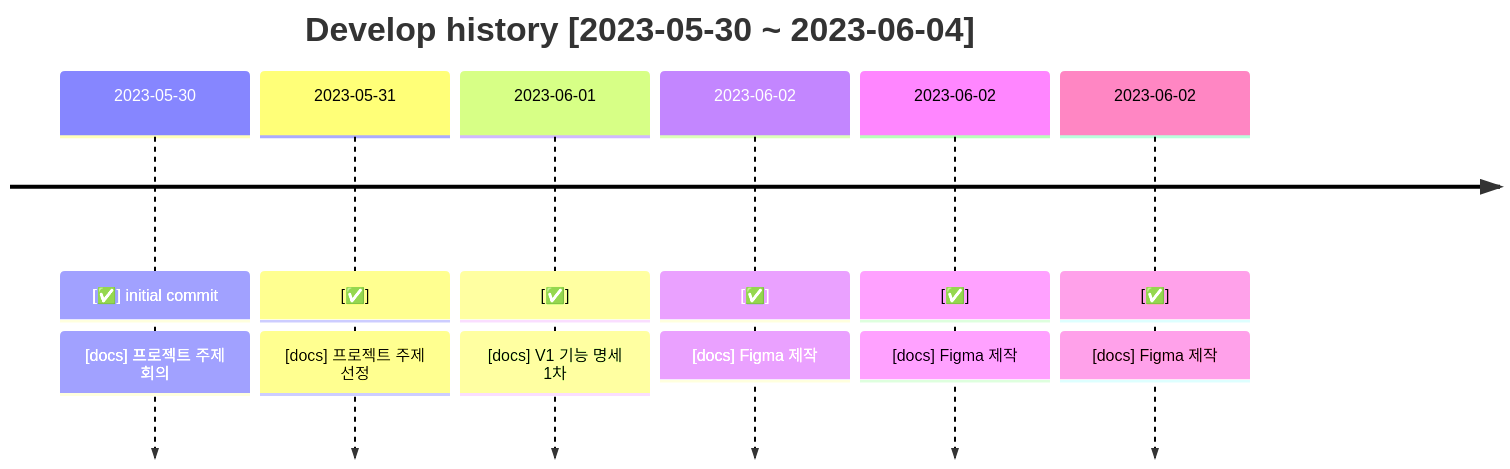
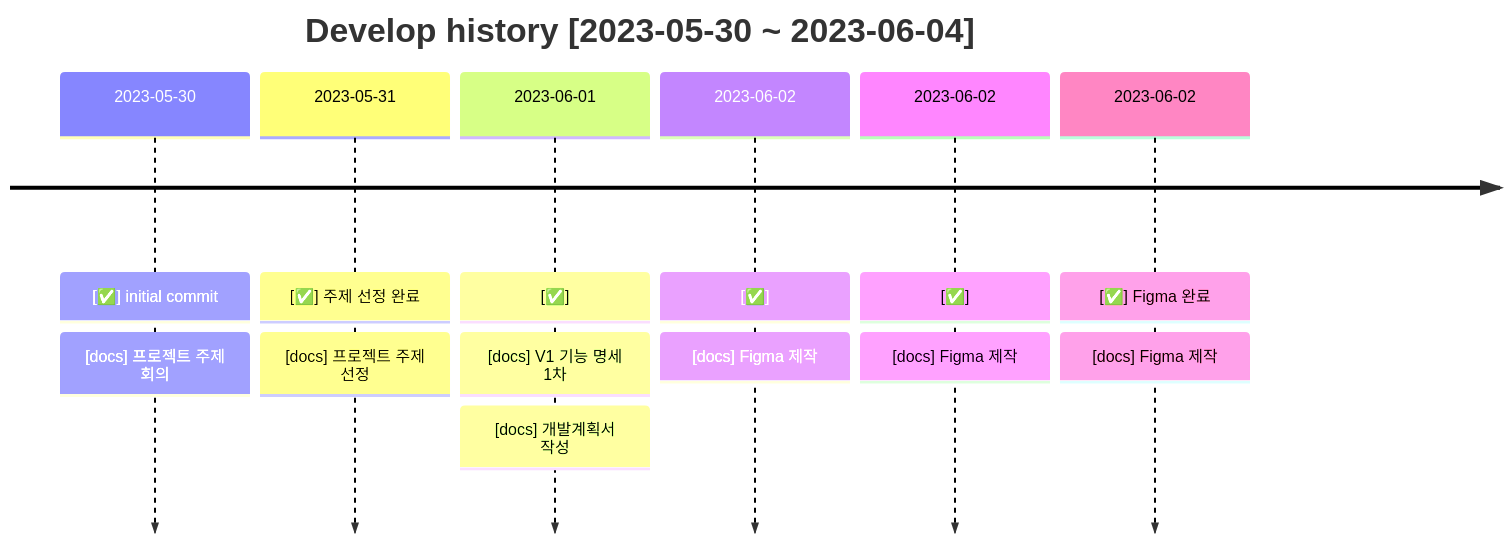
One commit to Hazel0c0/ddamddam-club-org changed the first of 6 diagrams in docs/README.md. Above: the diagram before and after it, drawn with Mermaid. The commit also changed other lines of this file and 1 other file, not shown here.

````diff
--- a/docs/README.md
+++ b/docs/README.md
@@ -61,16 +103,17 @@
 ```mermaid
 timeline
     title Develop history [2023-05-30 ~ 2023-06-04]
     2023-05-30: [✅] initial commit
             : [docs] 프로젝트 주제 회의
-    2023-05-31: [✅]
+    2023-05-31: [✅] 주제 선정 완료
             : [docs] 프로젝트 주제 선정
     2023-06-01: [✅]
             : [docs] V1 기능 명세 1차
+            : [docs] 개발계획서 작성
     2023-06-02: [✅]
             : [docs] Figma 제작
     2023-06-02: [✅]
             : [docs] Figma 제작
-    2023-06-02: [✅]
+    2023-06-02: [✅] Figma 완료
             : [docs] Figma 제작 
 ```
````
